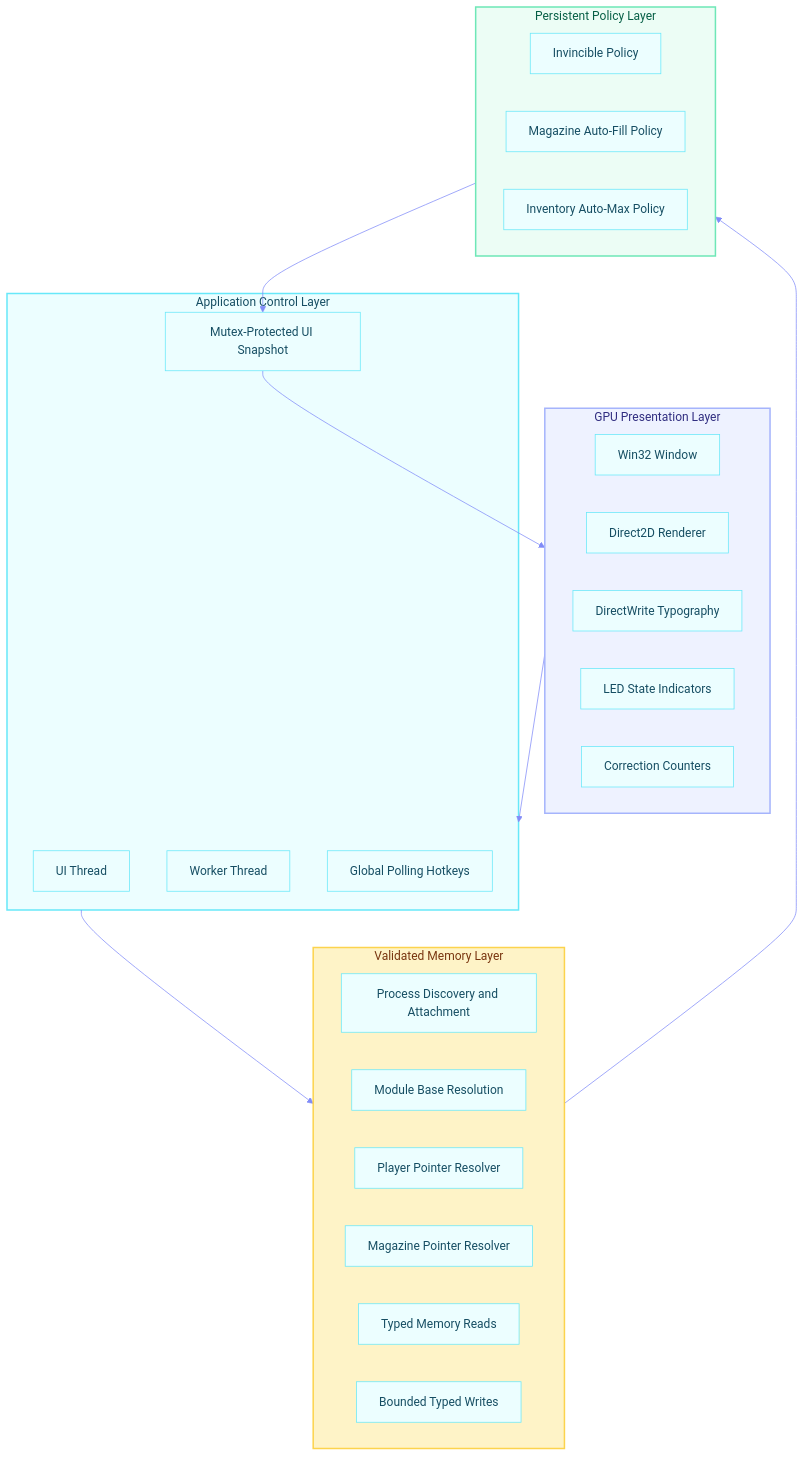
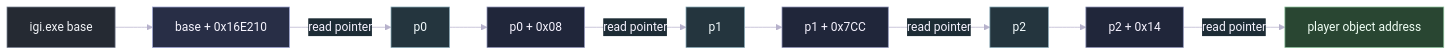
One commit to Tanishq-JM/Project-IGI-Offline-Trainer changed the fifth of 17 diagrams in README.md. Above: the diagram before and after it, drawn with Mermaid. The commit also changed other lines of this file, not shown here.

````diff
--- a/README.md
+++ b/README.md
@@ -497,44 +288,19 @@
 ```mermaid
-%%{init: {'theme':'base', 'themeVariables': { 'primaryColor':'#ECFEFF','primaryTextColor':'#164E63','primaryBorderColor':'#67E8F9','lineColor':'#818CF8','secondaryColor':'#EEF2FF','tertiaryColor':'#ECFDF5'}}}%%
-graph TB
-    subgraph Presentation[GPU Presentation Layer]
-        Window[Win32 Window]
-        Direct2D[Direct2D Renderer]
-        DirectWrite[DirectWrite Typography]
-        LEDs[LED State Indicators]
-        Statistics[Correction Counters]
-    end
+%%{init: {'theme':'base', 'themeVariables': {'background':'#0F1117','primaryColor':'#20263A','primaryTextColor':'#F6F3FF','primaryBorderColor':'#8E93B8','lineColor':'#B7B2CC','secondaryColor':'#1D2C35','secondaryTextColor':'#F3FAFC','secondaryBorderColor':'#7E9BAA','tertiaryColor':'#342633','tertiaryTextColor':'#FFF2FB','tertiaryBorderColor':'#A17F9D','fontFamily':'Segoe UI'}}}%%
+flowchart LR
+    Base["igi.exe base"] --> Root["base + 0x16E210"]
+    Root -->|read pointer| P0["p0"]
+    P0 --> Add1["p0 + 0x08"]
+    Add1 -->|read pointer| P1["p1"]
+    P1 --> Add2["p1 + 0x7CC"]
+    Add2 -->|read pointer| P2["p2"]
+    P2 --> Add3["p2 + 0x14"]
+    Add3 -->|read pointer| Player["player object address"]
 
-    subgraph Control[Application Control Layer]
-        UIThread[UI Thread]
-        WorkerThread[Worker Thread]
-        Snapshot[Mutex-Protected UI Snapshot]
-        Hotkeys[Global Polling Hotkeys]
-    end
-
-    subgraph Memory[Validated Memory Layer]
-        Process[Process Discovery and Attachment]
-        Module[Module Base Resolution]
-        Player[Player Pointer Resolver]
-        MagazineResolver[Magazine Pointer Resolver]
-        Reader[Typed Memory Reads]
-        Writer[Bounded Typed Writes]
-    end
-
-    subgraph Policies[Persistent Policy Layer]
-        InvinciblePolicy[Invincible Policy]
-        MagazinePolicy[Magazine Auto-Fill Policy]
-        InventoryPolicy[Inventory Auto-Max Policy]
-    end
-
-    Presentation --> Control
-    Control --> Memory
-    Memory --> Policies
-    Policies --> Snapshot
-    Snapshot --> Presentation
-
-    style Presentation fill:#EEF2FF,stroke:#A5B4FC,stroke-width:2px,color:#312E81
-    style Control fill:#ECFEFF,stroke:#67E8F9,stroke-width:2px,color:#164E63
-    style Memory fill:#FEF3C7,stroke:#FCD34D,stroke-width:2px,color:#78350F
-    style Policies fill:#ECFDF5,stroke:#6EE7B7,stroke-width:2px,color:#065F46
+    style Base fill:#252A33,stroke:#777F91,color:#F1F3F7
+    style Root fill:#282E46,stroke:#9BA1D0,color:#F7F5FF
+    style P0 fill:#24353E,stroke:#86A7B5,color:#F2FBFD
+    style P1 fill:#24353E,stroke:#86A7B5,color:#F2FBFD
+    style P2 fill:#24353E,stroke:#86A7B5,color:#F2FBFD
+    style Player fill:#294632,stroke:#8BC09A,color:#F1FFF5
 ```
````
